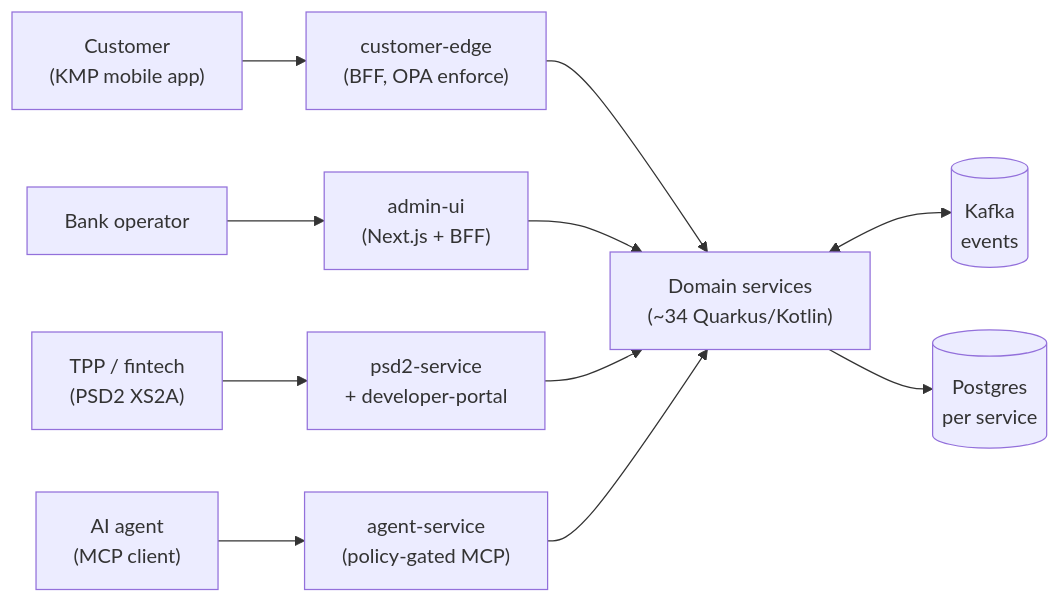
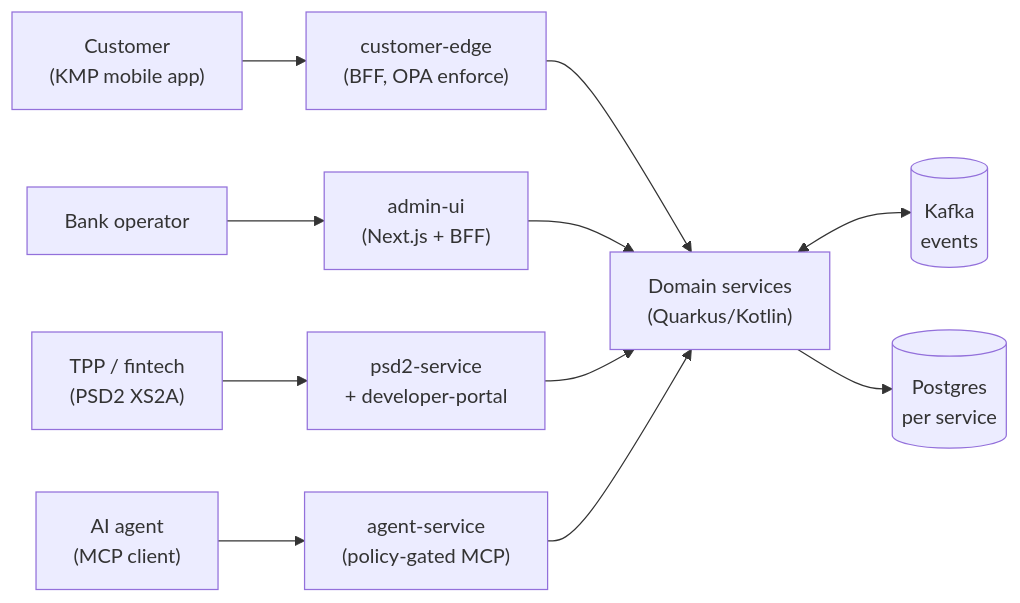
The first of 2 diagrams in ARCHITECTURE.md (JiRaska/open-bank-oss), drawn with Mermaid before and after one commit. The commit also changed other lines of this file and 13 other files, not shown here.

````diff
--- a/ARCHITECTURE.md
+++ b/ARCHITECTURE.md
@@ -33,14 +33,14 @@
 ```mermaid
 flowchart LR
   customer["Customer<br/>(KMP mobile app)"] --> edge["customer-edge<br/>(BFF, OPA enforce)"]
   operator["Bank operator"] --> admin["admin-ui<br/>(Next.js + BFF)"]
   tpp["TPP / fintech<br/>(PSD2 XS2A)"] --> psd2["psd2-service<br/>+ developer-portal"]
   agent["AI agent<br/>(MCP client)"] --> agentsvc["agent-service<br/>(policy-gated MCP)"]
 
-  edge --> mesh[" Domain services<br/>(~34 Quarkus/Kotlin) "]
+  edge --> mesh[" Domain services<br/>(Quarkus/Kotlin) "]
   admin --> mesh
   psd2 --> mesh
   agentsvc --> mesh
   mesh <--> kafka[("Kafka<br/>events")]
   mesh --> pg[("Postgres<br/>per service")]
 ```
````
